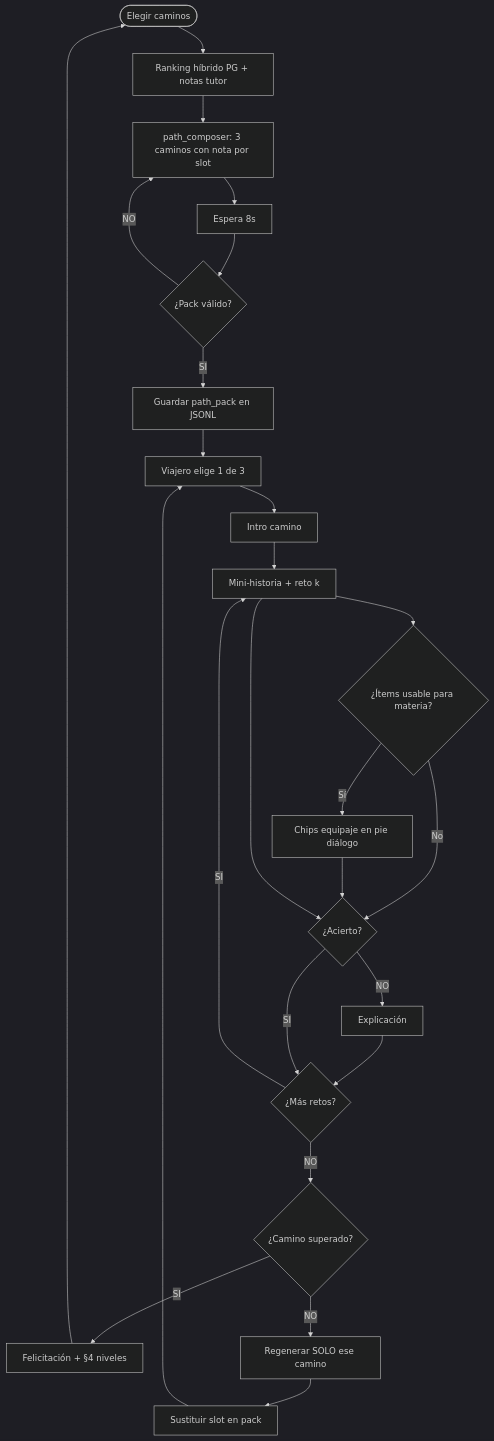
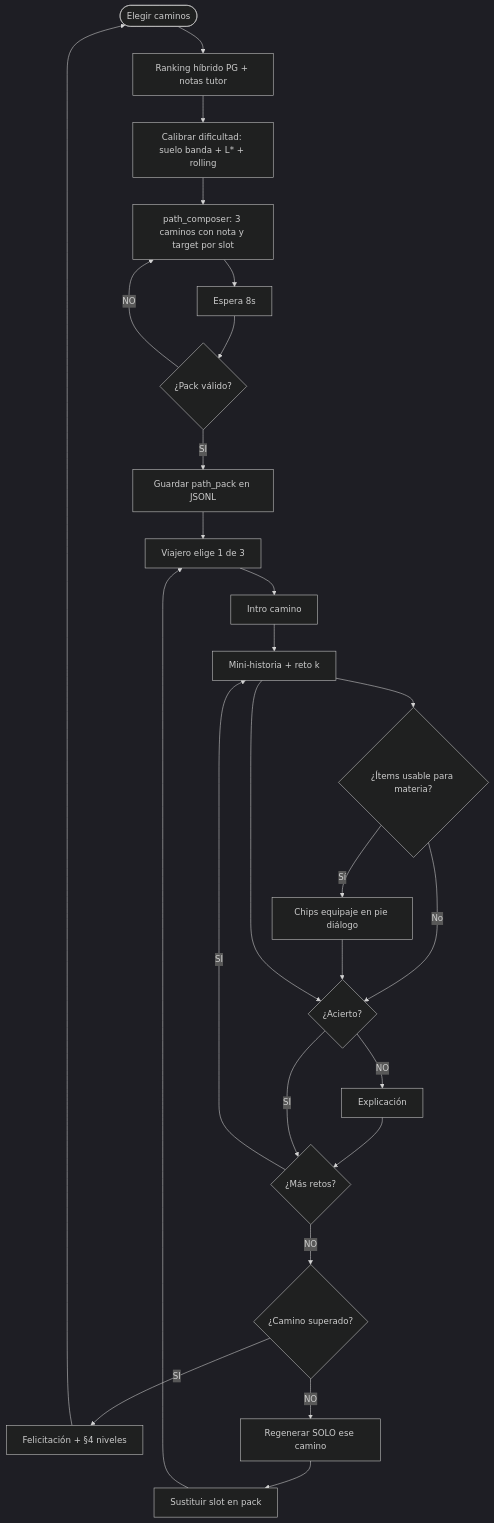
One commit to KuiperBelt-PRO/kidepik changed the fourth of 6 diagrams in .cursor/diagrams/16-journey-mechanics-flows.md. Above: the diagram before and after it, drawn with Mermaid (dark theme). The commit also changed 84 other files, not shown here.

````diff
--- a/.cursor/diagrams/16-journey-mechanics-flows.md
+++ b/.cursor/diagrams/16-journey-mechanics-flows.md
@@ -77,27 +77,28 @@
 ```mermaid
 flowchart TD
   A([Elegir caminos]) --> B[Ranking híbrido PG + notas tutor]
-  B --> C[path_composer: 3 caminos con nota por slot]
+  B --> B2[Calibrar dificultad: suelo banda + L* + rolling]
+  B2 --> C[path_composer: 3 caminos con nota y target por slot]
   C --> W[Espera 8s]
   W --> D{¿Pack válido?}
   D -- NO --> C
   D -- SI --> E[Guardar path_pack en JSONL]
   E --> F[Viajero elige 1 de 3]
   F --> G[Intro camino]
   G --> H[Mini-historia + reto k]
   H --> O{¿Ítems usable para materia?}
   O -- Sí --> P[Chips equipaje en pie diálogo]
   O -- No --> I
   P --> I{¿Acierto?}
   H --> I
   I -- NO --> J[Explicación]
   J --> K
   I -- SI --> K{¿Más retos?}
   K -- SI --> H
   K -- NO --> L{¿Camino superado?}
   L -- SI --> M[Felicitación + §4 niveles]
   M --> A
   L -- NO --> N[Regenerar SOLO ese camino]
   N --> E2[Sustituir slot en pack]
   E2 --> F
 ```
````
